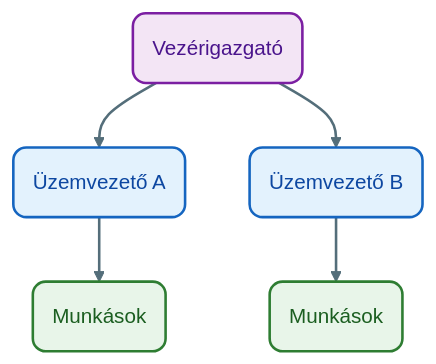
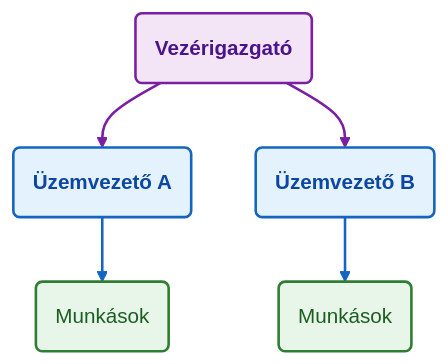
The first of 4 diagrams in Tételek/K04-GMXMD1MBLF-Szervezetek, szervezeti formák.tétel.md (denespocsik/MM_BSC_Zarovizsga), drawn with Mermaid before and after one commit. The commit also changed other lines of this file, not shown here.

First line of the commit message:
refactor(K01-K07): replace ASCII art with styled Mermaid diagrams

````diff
--- a/Tételek/K04-GMXMD1MBLF-Szervezetek, szervezeti formák.tétel.md
+++ b/Tételek/K04-GMXMD1MBLF-Szervezetek, szervezeti formák.tétel.md
@@ -47,35 +47,24 @@
 ```mermaid
 graph TD
-    %% Csomópontok definiálása formázott szöveggel
-    VIG("Vezérigazgató")
-    UVA("Üzemvezető A")
-    UVB("Üzemvezető B")
+    VIG("<b>Vezérigazgató</b>")
+    UVA("<b>Üzemvezető A</b>")
+    UVB("<b>Üzemvezető B</b>")
     MA("Munkások")
     MB("Munkások")
 
-    %% Kapcsolatok
     VIG --> UVA
     VIG --> UVB
     UVA --> MA
     UVB --> MB
 
-    %% Stílusok definiálása (classDef)
-    %% Központi elem (Iparági verseny) - Lila
-    classDef VezerigazgatoNode fill:#f3e5f5,stroke:#7b1fa2,stroke-width:2px,color:#4a148c,rx:10,ry:10;
-    %% Új belépők - Kék
-    classDef UzemvezetoNode fill:#e3f2fd,stroke:#1565c0,stroke-width:2px,color:#0d47a1,rx:10,ry:10;
-    %% Szállítók - Zöld
-    classDef MunkasNode fill:#e8f5e9,stroke:#2e7d32,stroke-width:2px,color:#1b5e20,rx:10,ry:10;
-    
-    
-    %% Stílusok hozzárendelése
-    class VIG VezerigazgatoNode;
-    class UVA UzemvezetoNode;
-    class UVB UzemvezetoNode;
-    class MA MunkasNode;
-    class MB MunkasNode;
+    classDef vigNode fill:#f3e5f5,stroke:#7b1fa2,stroke-width:2px,color:#4a148c;
+    classDef uvNode  fill:#e3f2fd,stroke:#1565c0,stroke-width:2px,color:#0d47a1;
+    classDef mNode   fill:#e8f5e9,stroke:#2e7d32,stroke-width:2px,color:#1b5e20;
 
-    %% Nyilak formázása (Vastagabb, szürkéskék)
-    linkStyle 0,1,2,3 stroke:#546e7a,stroke-width:2px;
+    class VIG vigNode;
+    class UVA,UVB uvNode;
+    class MA,MB mNode;
 
+    linkStyle 0,1 stroke:#7b1fa2,stroke-width:2px;
+    linkStyle 2,3 stroke:#1565c0,stroke-width:2px;
 ```
````
